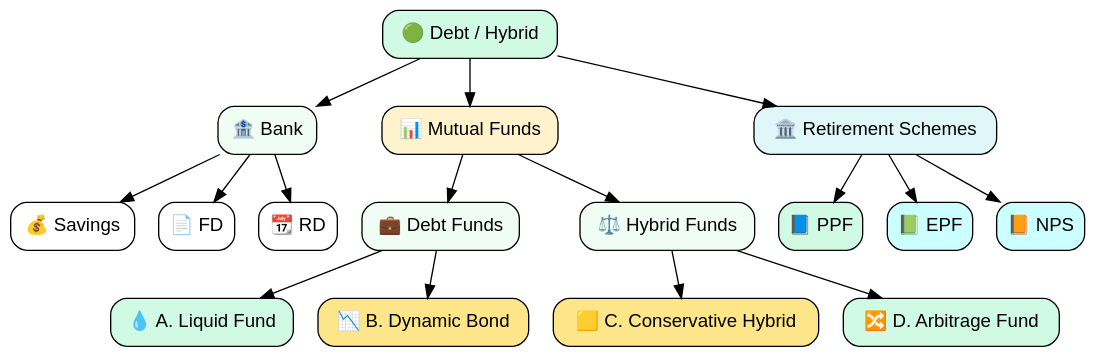
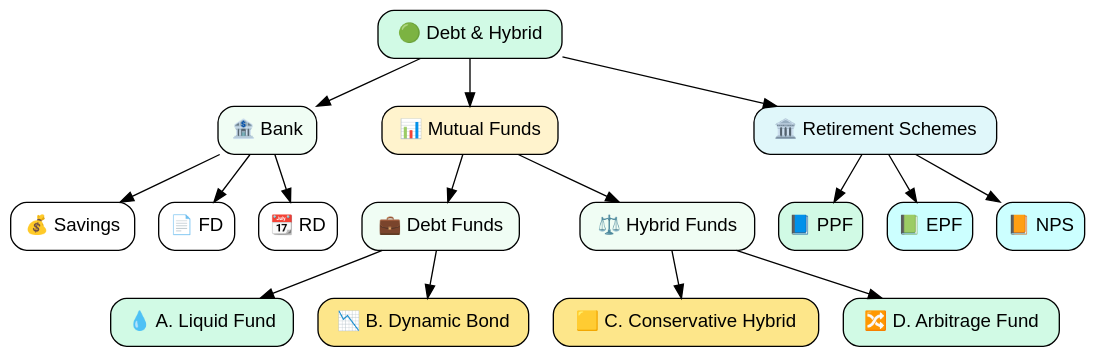
Before and after one commit to sakthipriyan/sakthipriyan.github.io: the diagram in content/building-wealth/slides/2025/invest-in-debt/index.md, drawn with Graphviz. The commit also changed other lines of this file and 10 other files, not shown here.

````diff
--- a/content/building-wealth/slides/2025/invest-in-debt/index.md
+++ b/content/building-wealth/slides/2025/invest-in-debt/index.md
@@ -96,62 +98,62 @@
 ```dot
 digraph Debt {
   graph [bgcolor=transparent];
 
   node [
     shape=box,
     style="rounded,filled",
     fontname="Helvetica",
     fontsize=14,
     color="#000000"
   ];
 
   // Top Level
-  Debt         [label="🟢 Debt / Hybrid", fillcolor="#D1FAE5"];
+  Debt         [label="🟢 Debt & Hybrid", fillcolor="#D1FAE5"];
 
   // Bank (replacing Cash & Cash Equivalents)
   Bank         [label="🏦 Bank", fillcolor="#F0FDF4"];
   Savings      [label="💰 Savings", fillcolor="#FFFFFF"];
   FD           [label="📄 FD", fillcolor="#FFFFFF"];
   RD           [label="📆 RD", fillcolor="#FFFFFF"];
 
   // Mutual Funds
   MutualFund   [label="📊 Mutual Funds", fillcolor="#FFF3CD"];
   DebtFunds    [label="💼 Debt Funds", fillcolor="#F0FDF4"];
   Hybrid       [label="⚖️ Hybrid Funds", fillcolor="#F0FDF4"];
 
   PPF          [label="📘 PPF", fillcolor="#D1FAE5"];             
   LiquidFund   [label="💧 A. Liquid Fund", fillcolor="#D1FAE5"];     
   DynamicBond  [label="📉 B. Dynamic Bond", fillcolor="#FDE68A"];   
   ConsHybrid   [label="🟨 C. Conservative Hybrid", fillcolor="#FDE68A"]; 
   Arbitrage    [label="🔀 D. Arbitrage Fund", fillcolor="#D1FAE5"]; 
 
   // Govt Schemes
   Govt         [label="🏛️ Retirement Schemes", fillcolor="#E0F7FA"];
   EPF          [label="📗 EPF", fillcolor="#CCFFFF"];
   NPS          [label="📙 NPS", fillcolor="#CCFFFF"];
 
   // Connections
   Debt -> Bank;
   Debt -> Govt;
   Debt -> MutualFund;
 
   // Bank breakdown
   Bank -> Savings;
   Bank -> FD;
   Bank -> RD;
 
   // Mutual Fund structure
   MutualFund -> DebtFunds;
   MutualFund -> Hybrid;
 
   Hybrid -> ConsHybrid;
   Hybrid -> Arbitrage;
   
   Govt -> PPF;
   Govt -> EPF;
   Govt -> NPS;
 
   DebtFunds -> LiquidFund;
   DebtFunds -> DynamicBond;
 }
 ```
````
